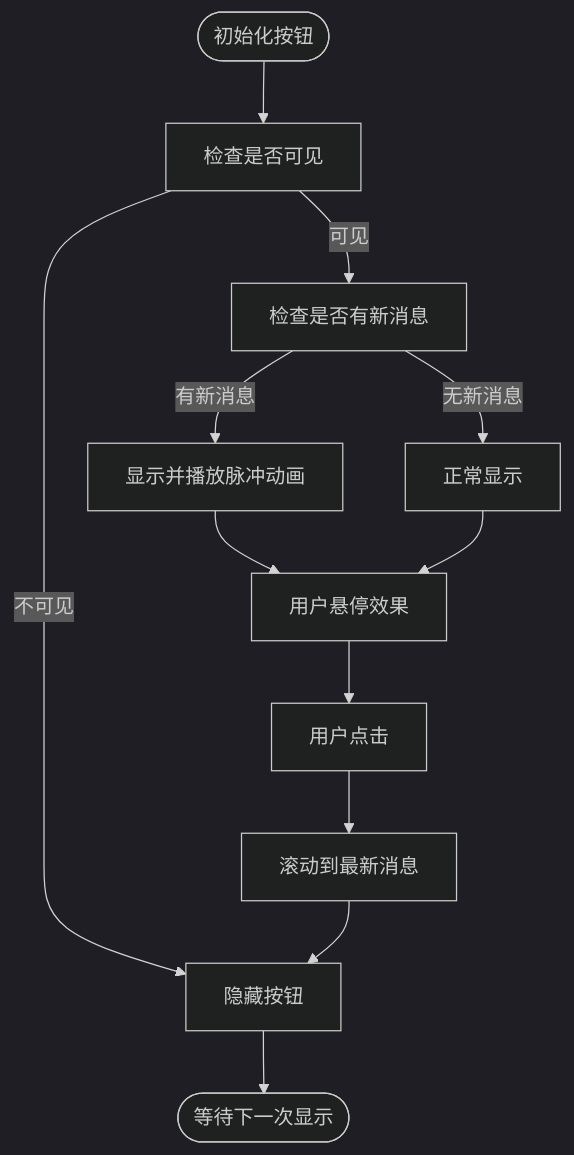
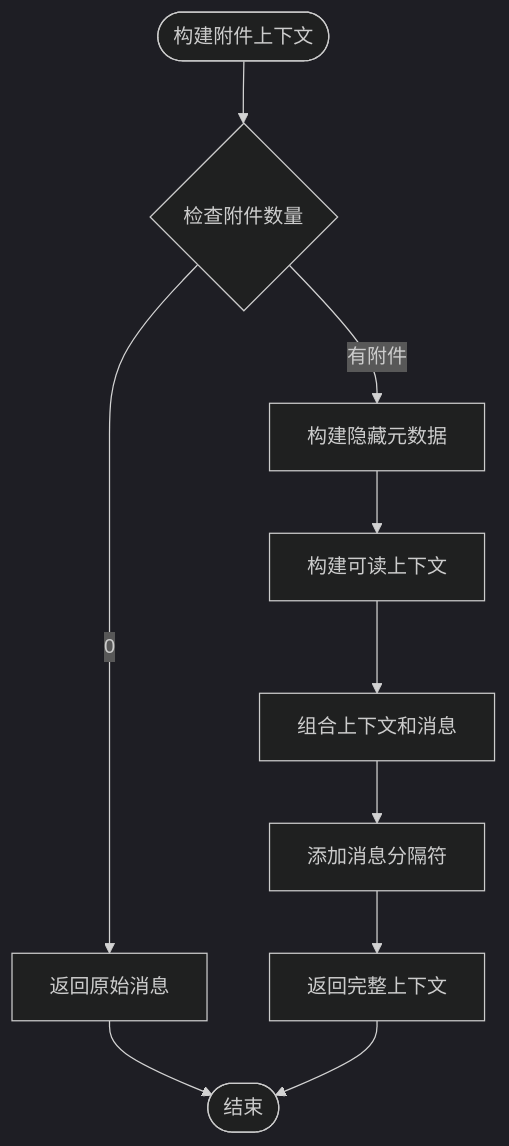
One commit to KunLabAI/KunFlix changed the seventh of 25 diagrams in .qoder/repowiki/zh/content/前端应用架构/UI组件库/画布组件系统/AI助手面板/AI助手面板.md. Above: the diagram before and after it, drawn with Mermaid (dark theme). The commit also changed other lines of this file and 14 other files, not shown here.

````diff
--- a/.qoder/repowiki/zh/content/前端应用架构/UI组件库/画布组件系统/AI助手面板/AI助手面板.md
+++ b/.qoder/repowiki/zh/content/前端应用架构/UI组件库/画布组件系统/AI助手面板/AI助手面板.md
@@ -342,14 +460,12 @@
 ```mermaid
 flowchart TD
-Init(["初始化按钮"]) --> CheckVisibility["检查是否可见"]
-CheckVisibility --> |不可见| Hide["隐藏按钮"]
-CheckVisibility --> |可见| CheckNewMsg["检查是否有新消息"]
-CheckNewMsg --> |有新消息| ShowWithPing["显示并播放脉冲动画"]
-CheckNewMsg --> |无新消息| ShowNormal["正常显示"]
-ShowWithPing --> Hover["用户悬停效果"]
-ShowNormal --> Hover
-Hover --> Click["用户点击"]
-Click --> ScrollToBottom["滚动到最新消息"]
-ScrollToBottom --> Hide
-Hide --> End(["等待下一次显示"])
+Start(["构建附件上下文"]) --> CheckAttachments{"检查附件数量"}
+CheckAttachments --> |0| ReturnOriginal["返回原始消息"]
+CheckAttachments --> |有附件| BuildMeta["构建隐藏元数据"]
+BuildMeta --> BuildReadable["构建可读上下文"]
+BuildReadable --> Combine["组合上下文和消息"]
+Combine --> AddSeparator["添加消息分隔符"]
+AddSeparator --> Return["返回完整上下文"]
+ReturnOriginal --> End(["结束"])
+Return --> End
 ```
````
